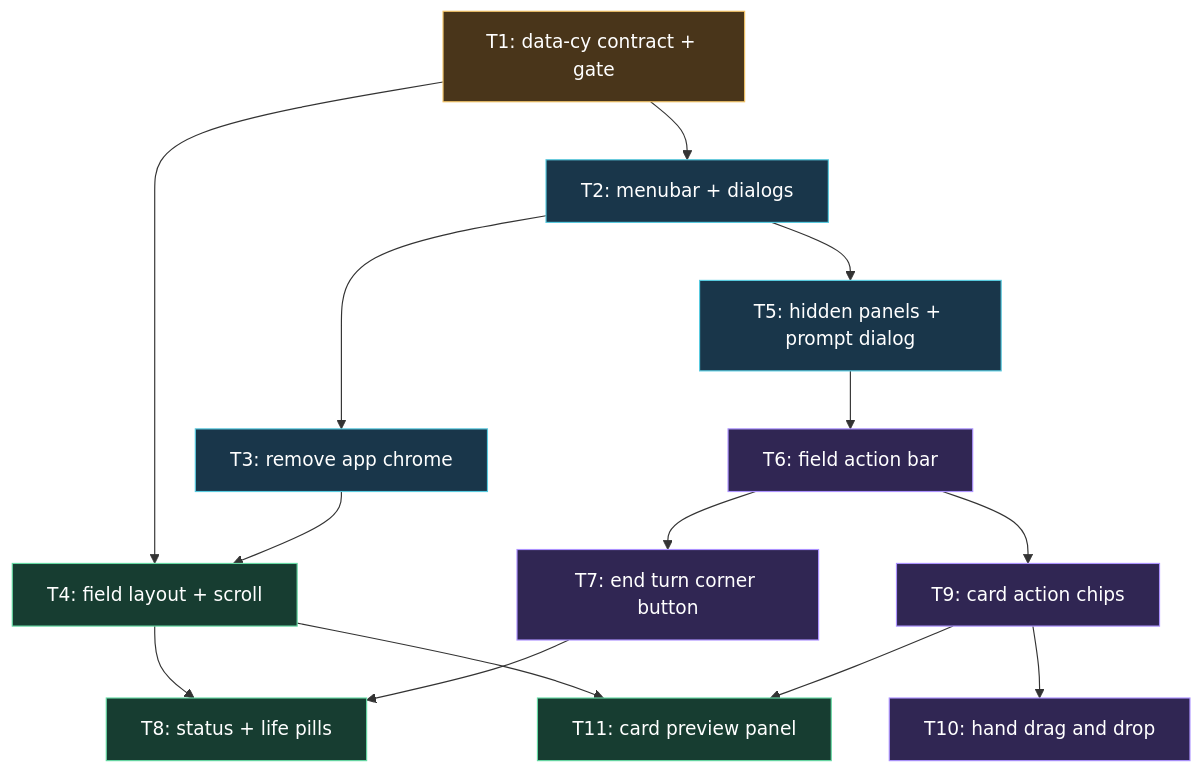
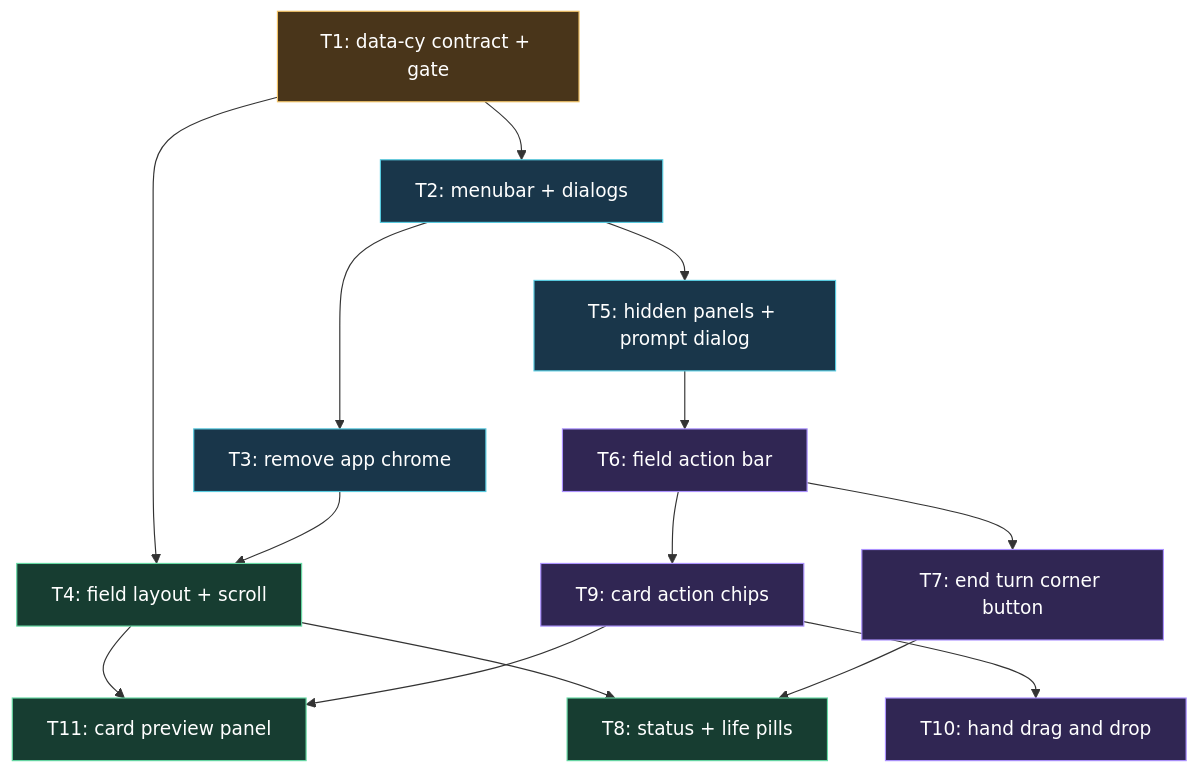
Before and after one commit to AronGomu/ascencio: the diagram in ai-artifacts/PLAN_2026_08_08_duel_field_ux_overhaul.md, drawn with Mermaid. The commit also changed other lines of this file and 14 other files, not shown here.

````diff
--- a/ai-artifacts/PLAN_2026_08_08_duel_field_ux_overhaul.md
+++ b/ai-artifacts/PLAN_2026_08_08_duel_field_ux_overhaul.md
@@ -32,25 +32,25 @@
 ```mermaid
 flowchart TD
   T1[T1: data-cy contract + gate] --> T2[T2: menubar + dialogs]
   T1 --> T4[T4: field layout + scroll]
   T2 --> T3[T3: remove app chrome]
   T2 --> T5[T5: hidden panels + prompt dialog]
   T3 --> T4
   T5 --> T6[T6: field action bar]
   T6 --> T7[T7: end turn corner button]
-  T4 --> T8[T8: status + life pills]
-  T7 --> T8
   T6 --> T9[T9: card action chips]
   T9 --> T10[T10: hand drag and drop]
   T4 --> T11[T11: card preview panel]
   T9 --> T11
+  T4 --> T8[T8: status + life pills]
+  T7 --> T8
 
   classDef gov fill:#49351a,stroke:#f1c266,color:#fff;
   classDef shell fill:#19364a,stroke:#58cbe0,color:#fff;
   classDef field fill:#173d31,stroke:#66d9a4,color:#fff;
   classDef inter fill:#302653,stroke:#ac92ff,color:#fff;
   class T1 gov;
   class T2,T3,T5 shell;
   class T4,T8,T11 field;
   class T6,T7,T9,T10 inter;
 ```
````
